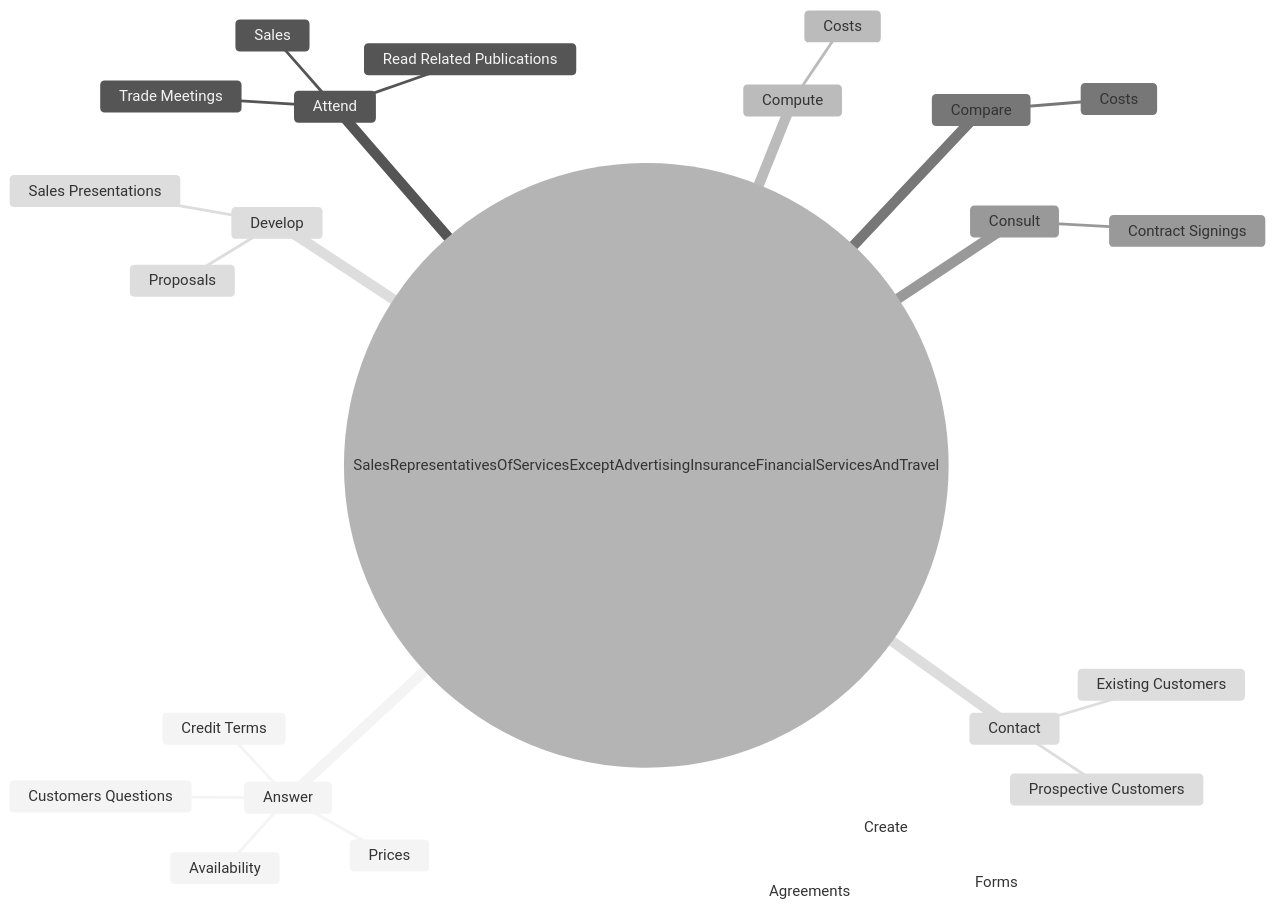
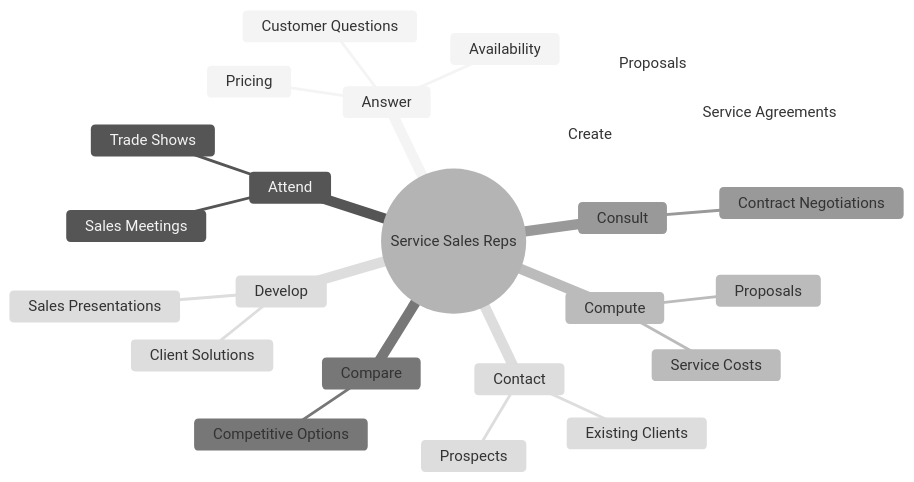
The second of 4 diagrams in occupations/Sales/SalesRepresentativesOfServicesExceptAdvertisingInsuranceFinancialServicesAndTravel.mdx (kziemski/business.org.ai), drawn with Mermaid (neutral theme) before and after one commit. The commit also changed other lines of this file and 938 other files, not shown here.

````diff
--- a/occupations/Sales/SalesRepresentativesOfServicesExceptAdvertisingInsuranceFinancialServicesAndTravel.mdx
+++ b/occupations/Sales/SalesRepresentativesOfServicesExceptAdvertisingInsuranceFinancialServicesAndTravel.mdx
@@ -37,28 +45,27 @@
 ```mermaid
 mindmap
-    root(("SalesRepresentativesOfServicesExceptAdvertisingInsuranceFinancialServicesAndTravel"))
+    root(("Service Sales Reps"))
         Answer
-            Customers Questions
-            Prices
+            Customer Questions
+            Pricing
             Availability
-            Credit Terms
         Attend
-            Sales
-            Trade Meetings
-            Read Related Publications
+            Sales Meetings
+            Trade Shows
         Compute
-            Costs
+            Service Costs
+            Proposals
         Compare
-            Costs
+            Competitive Options
         Consult
-            Contract Signings
+            Contract Negotiations
         Contact
-            Prospective Customers
-            Existing Customers
+            Prospects
+            Existing Clients
         Create
-            Forms
-            Agreements
+            Service Agreements
+            Proposals
         Develop
             Sales Presentations
-            Proposals
+            Client Solutions
 ```
````
